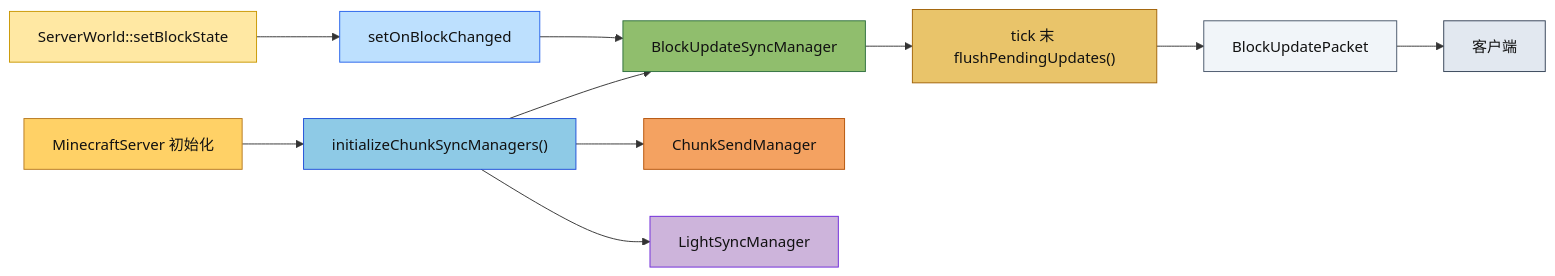
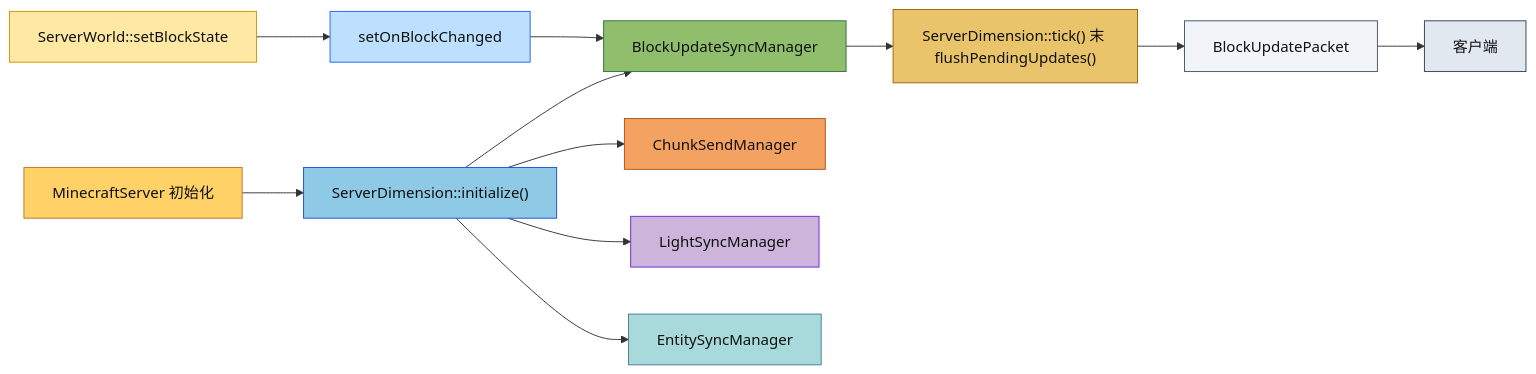
The second of 2 diagrams in src/server/application/README.md (g122622/Cubium), drawn with Mermaid before and after one commit. The commit also changed other lines of this file and 39 other files, not shown here.

First line of the commit message:
refactor: 移除 MinecraftServer::m_world，实现维度感知架构

````diff
--- a/src/server/application/README.md
+++ b/src/server/application/README.md
@@ -628,23 +658,25 @@
 ```mermaid
 flowchart LR
-    init["MinecraftServer 初始化"] --> sync["initializeChunkSyncManagers()"]
-    sync --> block["BlockUpdateSyncManager"]
-    sync --> chunk["ChunkSendManager"]
-    sync --> light["LightSyncManager"]
+    init["MinecraftServer 初始化"] --> dim["ServerDimension::initialize()"]
+    dim --> block["BlockUpdateSyncManager"]
+    dim --> chunk["ChunkSendManager"]
+    dim --> light["LightSyncManager"]
+    dim --> entity["EntitySyncManager"]
     world["ServerWorld::setBlockState"] --> callback["setOnBlockChanged"]
     callback --> block
-    block --> flush["tick 末 flushPendingUpdates()"]
+    block --> flush["ServerDimension::tick() 末 flushPendingUpdates()"]
     flush --> packet["BlockUpdatePacket"]
     packet --> client["客户端"]
 
     style init fill:#ffd166,stroke:#b7791f,color:#111
-    style sync fill:#8ecae6,stroke:#1d4ed8,color:#111
+    style dim fill:#8ecae6,stroke:#1d4ed8,color:#111
     style block fill:#90be6d,stroke:#2f6f3e,color:#111
     style chunk fill:#f4a261,stroke:#b45309,color:#111
     style light fill:#cdb4db,stroke:#6d28d9,color:#111
+    style entity fill:#a8dadc,stroke:#457b9d,color:#111
     style world fill:#ffe8a3,stroke:#c99700,color:#111
     style callback fill:#bde0fe,stroke:#2563eb,color:#111
     style flush fill:#e9c46a,stroke:#a16207,color:#111
     style packet fill:#f1f5f9,stroke:#475569,color:#111
     style client fill:#e2e8f0,stroke:#334155,color:#111
 ```
````
